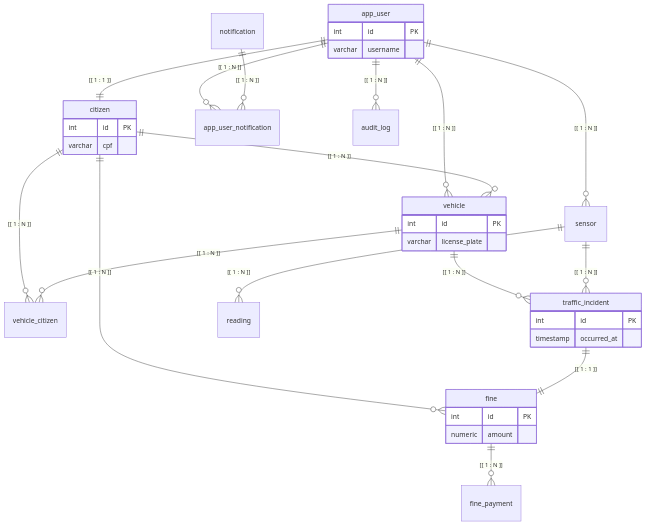
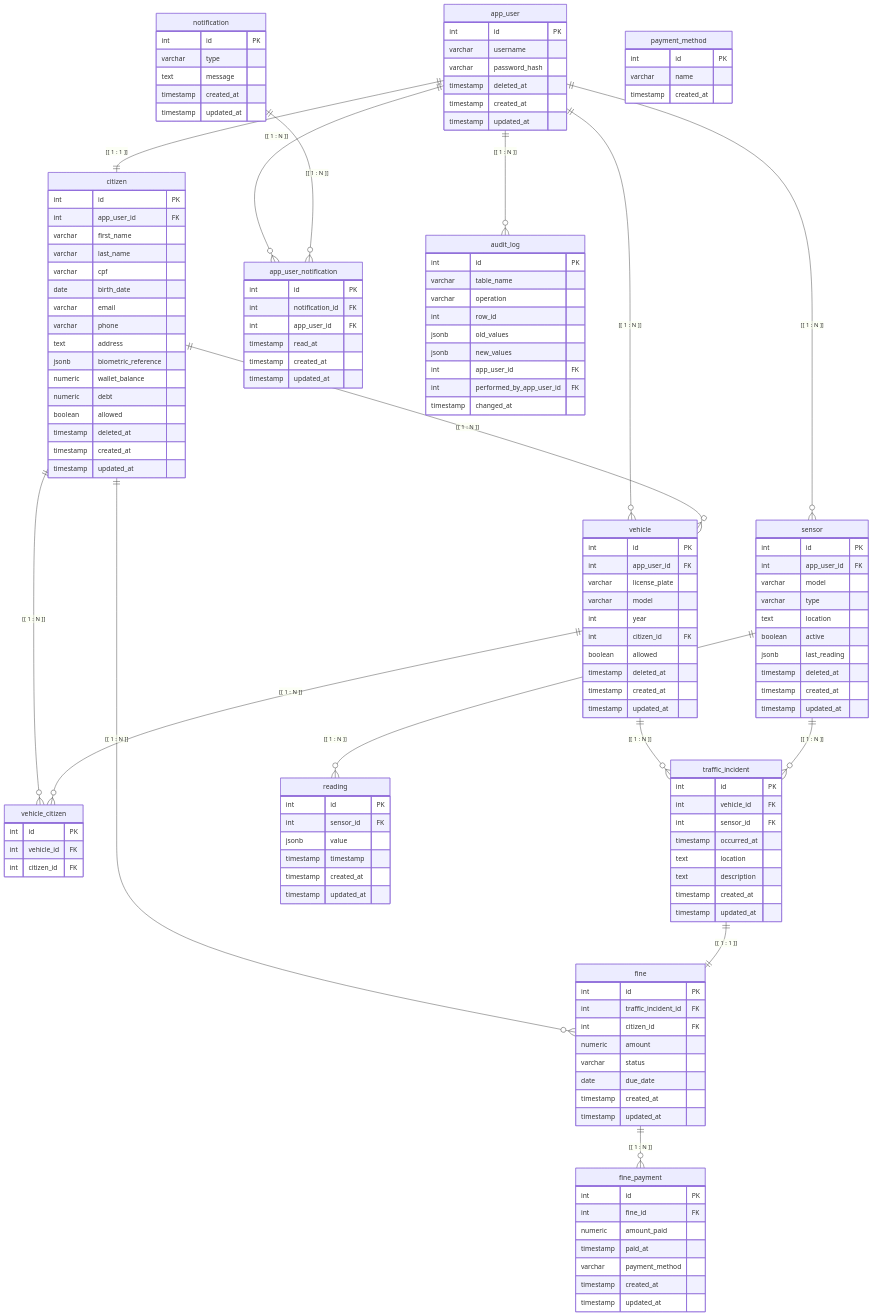
One commit to cidade-felipe/smart-city-os changed the diagram in DOCUMENTATION.md. Above: the diagram before and after it, drawn with Mermaid. The commit also changed other lines of this file, not shown here.

````diff
--- a/DOCUMENTATION.md
+++ b/DOCUMENTATION.md
@@ -60,6 +60,6 @@
 ```mermaid
 erDiagram
-    %% Estilização para melhorar contraste
+    %% Relacionamentos principais
     app_user ||--|| citizen : "[[ 1 : 1 ]]"
     app_user ||--o{ vehicle : "[[ 1 : N ]]"
     app_user ||--o{ sensor : "[[ 1 : N ]]"
@@ -81,24 +81,140 @@
 
     notification ||--o{ app_user_notification : "[[ 1 : N ]]"
 
+    %% Definição das entidades com campos principais
     app_user {
         int id PK
         varchar username
+        varchar password_hash
+        timestamp deleted_at
+        timestamp created_at
+        timestamp updated_at
     }
+    
     citizen {
         int id PK
+        int app_user_id FK
+        varchar first_name
+        varchar last_name
         varchar cpf
+        date birth_date
+        varchar email
+        varchar phone
+        text address
+        jsonb biometric_reference
+        numeric wallet_balance
+        numeric debt
+        boolean allowed
+        timestamp deleted_at
+        timestamp created_at
+        timestamp updated_at
     }
+    
     vehicle {
         int id PK
+        int app_user_id FK
         varchar license_plate
+        varchar model
+        int year
+        int citizen_id FK
+        boolean allowed
+        timestamp deleted_at
+        timestamp created_at
+        timestamp updated_at
     }
+    
+    vehicle_citizen {
+        int id PK
+        int vehicle_id FK
+        int citizen_id FK
+    }
+    
+    sensor {
+        int id PK
+        int app_user_id FK
+        varchar model
+        varchar type
+        text location
+        boolean active
+        jsonb last_reading
+        timestamp deleted_at
+        timestamp created_at
+        timestamp updated_at
+    }
+    
+    reading {
+        int id PK
+        int sensor_id FK
+        jsonb value
+        timestamp timestamp
+        timestamp created_at
+        timestamp updated_at
+    }
+    
+    traffic_incident {
+        int id PK
+        int vehicle_id FK
+        int sensor_id FK
+        timestamp occurred_at
+        text location
+        text description
+        timestamp created_at
+        timestamp updated_at
+    }
+    
     fine {
         int id PK
+        int traffic_incident_id FK
+        int citizen_id FK
         numeric amount
+        varchar status
+        date due_date
+        timestamp created_at
+        timestamp updated_at
     }
-    traffic_incident {
+    
+    fine_payment {
         int id PK
-        timestamp occurred_at
+        int fine_id FK
+        numeric amount_paid
+        timestamp paid_at
+        varchar payment_method
+        timestamp created_at
+        timestamp updated_at
+    }
+    
+    notification {
+        int id PK
+        varchar type
+        text message
+        timestamp created_at
+        timestamp updated_at
+    }
+    
+    app_user_notification {
+        int id PK
+        int notification_id FK
+        int app_user_id FK
+        timestamp read_at
+        timestamp created_at
+        timestamp updated_at
+    }
+    
+    audit_log {
+        int id PK
+        varchar table_name
+        varchar operation
+        int row_id
+        jsonb old_values
+        jsonb new_values
+        int app_user_id FK
+        int performed_by_app_user_id FK
+        timestamp changed_at
+    }
+    
+    payment_method {
+        int id PK
+        varchar name
+        timestamp created_at
     }
 ```
````
